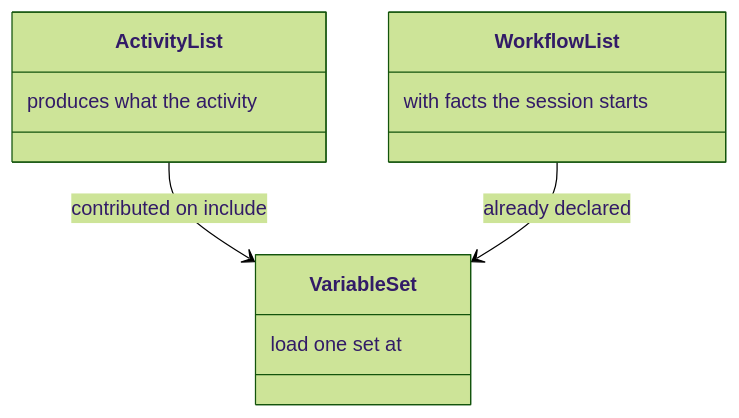
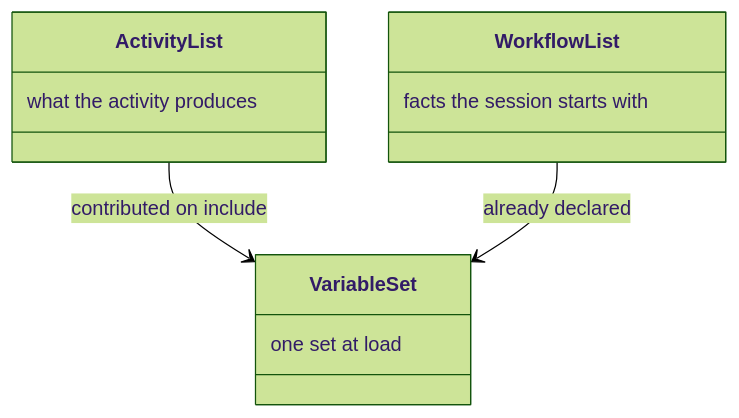
Before and after one commit to m2ux/workflow-server: the sixth of 36 diagrams in docs/state.md, drawn with Mermaid (forest theme). The commit also changed other lines of this file and 10 other files, not shown here.

Commit message:
Write each class-box note in reading order so the diagram shows the phrase as written.

````diff
--- a/docs/state.md
+++ b/docs/state.md
@@ -101,14 +101,14 @@
 ```mermaid
 classDiagram
   class ActivityList {
-    produces what the activity
+    what the activity produces
   }
   class WorkflowList {
-    with facts the session starts
+    facts the session starts with
   }
   class VariableSet {
-    load one set at
+    one set at load
   }
   ActivityList --> VariableSet : contributed on include
   WorkflowList --> VariableSet : already declared
 ```
````
